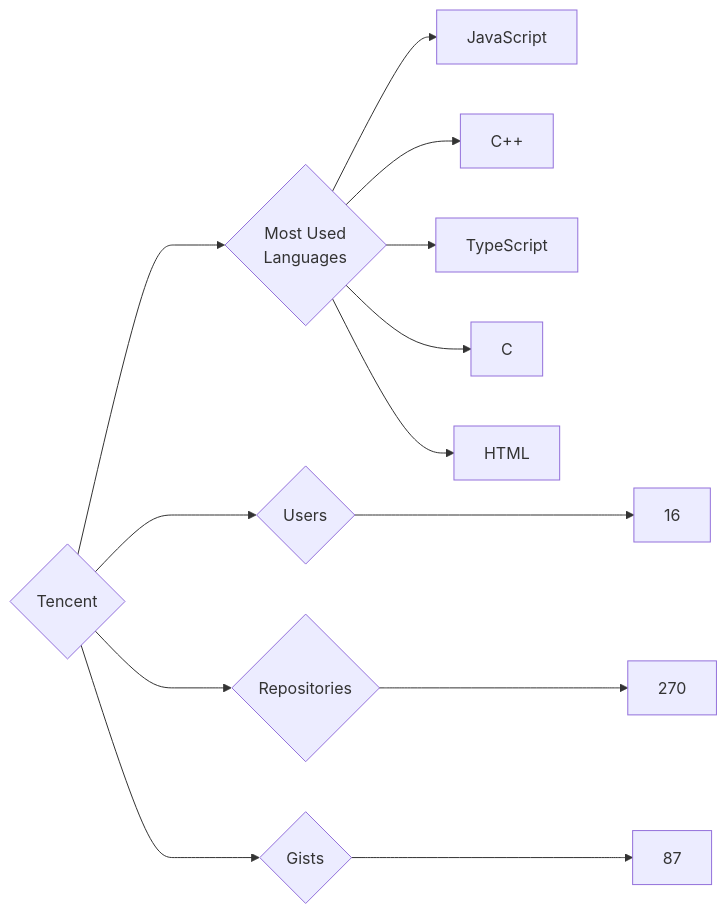
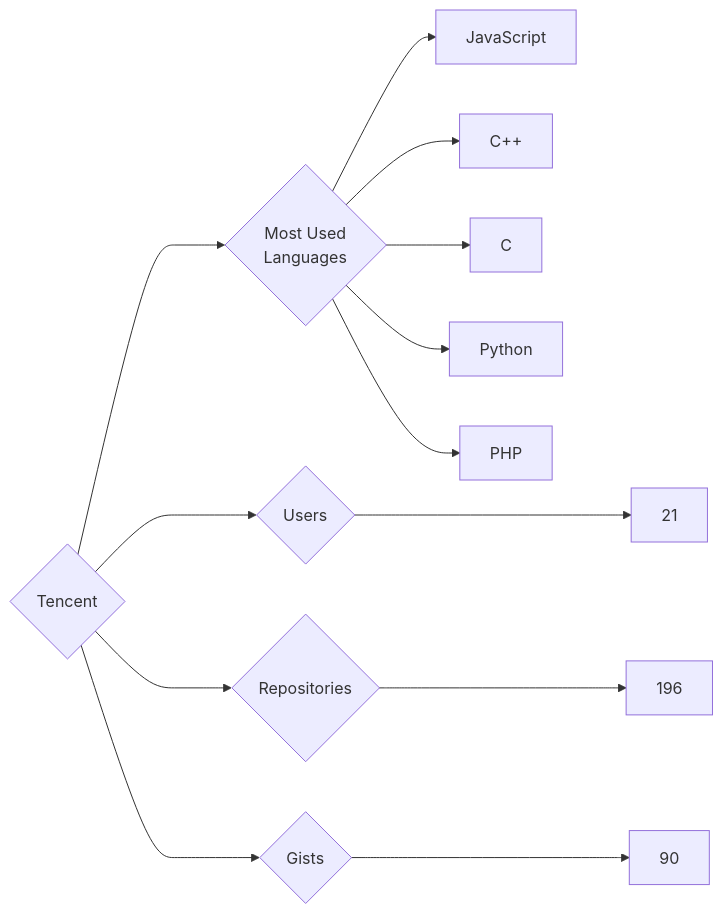
Before and after one commit to trickest/insiders: the diagram in targets/Tencent/README.md, drawn with Mermaid. The commit also changed 1696 other files, not shown here.

````diff
--- a/targets/Tencent/README.md
+++ b/targets/Tencent/README.md
@@ -3,13 +3,13 @@
 ```mermaid
 graph LR
 COMPANY_NAME{Tencent}
-COMPANY_NAME ---> U{Users} ---> UN[16]
-COMPANY_NAME ---> R{Repositories} ---> RN[270]
-COMPANY_NAME ---> G{Gists} ---> GN[87]
+COMPANY_NAME ---> U{Users} ---> UN[21]
+COMPANY_NAME ---> R{Repositories} ---> RN[196]
+COMPANY_NAME ---> G{Gists} ---> GN[90]
 COMPANY_NAME ---> ML{Most Used<br>Languages}
 ML --> JavaScript[JavaScript]
 ML --> C++[C++]
-ML --> TypeScript[TypeScript]
 ML --> C[C]
-ML --> HTML[HTML]
+ML --> Python[Python]
+ML --> PHP[PHP]
 ```
````
